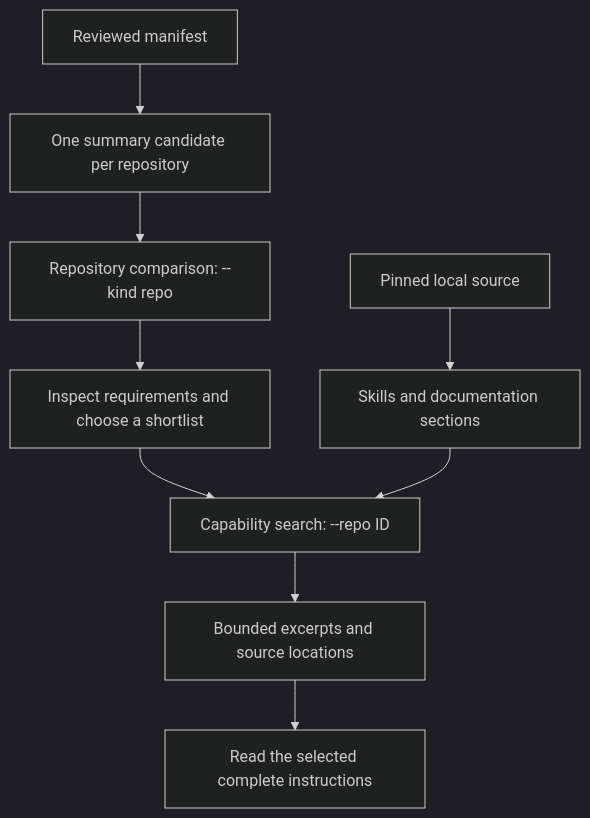
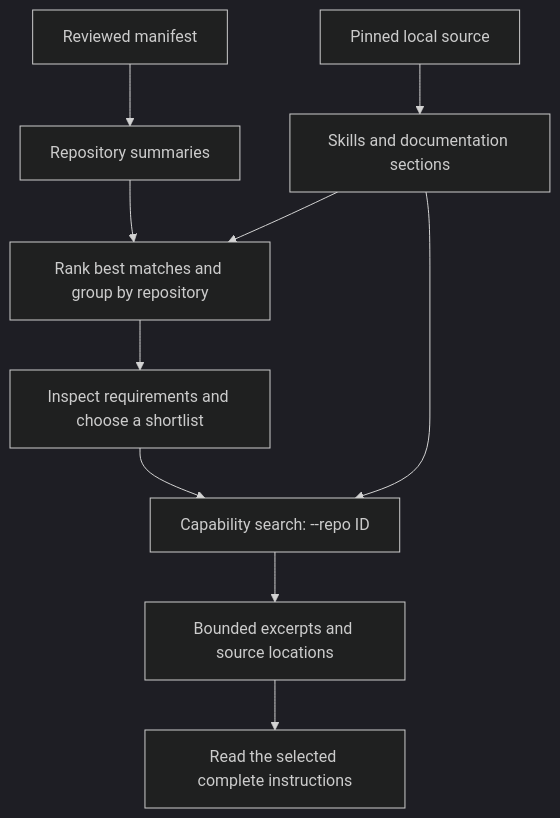
Before and after one commit to cjcsecurity/ai-toolkit: the diagram in docs/wiki/Retrieval-System.md, drawn with Mermaid (dark theme). The commit also changed other lines of this file and 18 other files, not shown here.

````diff
--- a/docs/wiki/Retrieval-System.md
+++ b/docs/wiki/Retrieval-System.md
@@ -7,11 +7,12 @@
 ```mermaid
 flowchart TD
-    M[Reviewed manifest] --> R[One summary candidate per repository]
+    M[Reviewed manifest] --> R[Repository summaries]
     S[Pinned local source] --> C[Skills and documentation sections]
-    R --> Q[Repository comparison: --kind repo]
+    R --> Q[Rank best matches and group by repository]
+    C --> Q
     Q --> P[Inspect requirements and choose a shortlist]
     P --> F[Capability search: --repo ID]
     C --> F
     F --> X[Bounded excerpts and source locations]
     X --> D[Read the selected complete instructions]
 ```
````
